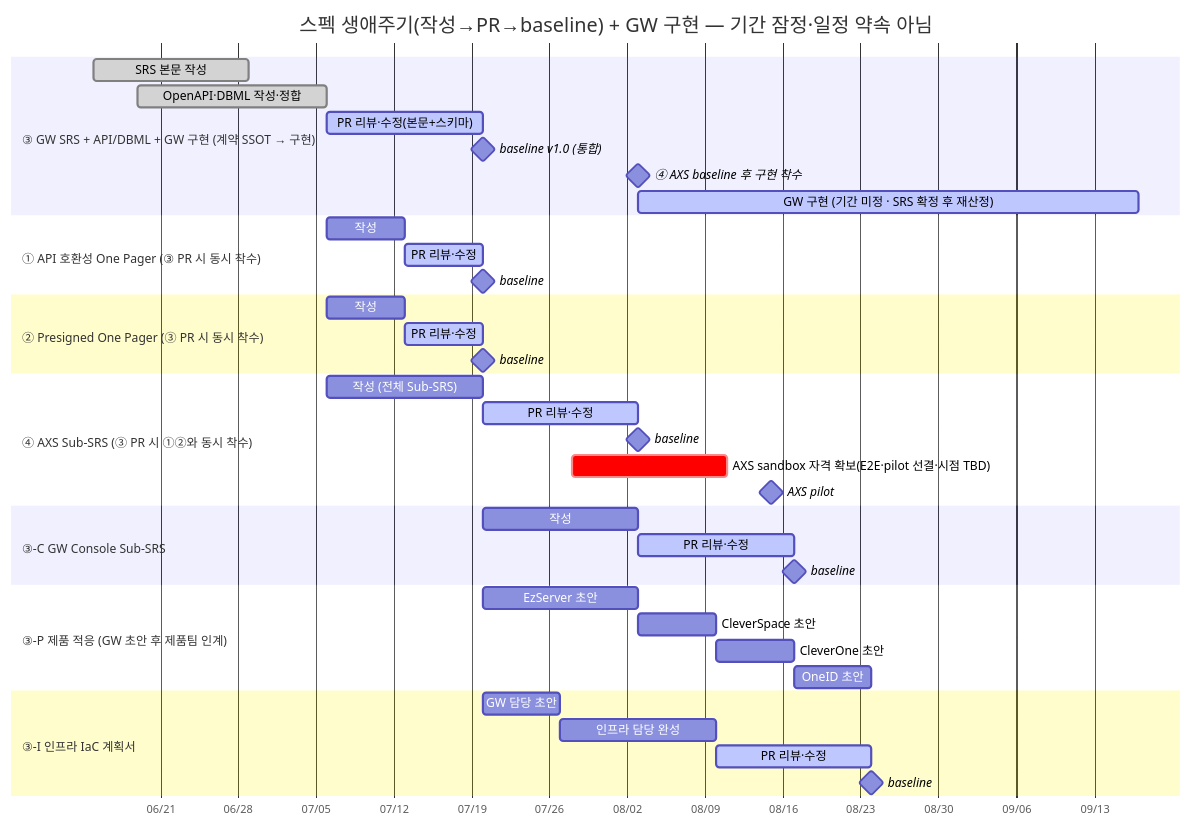
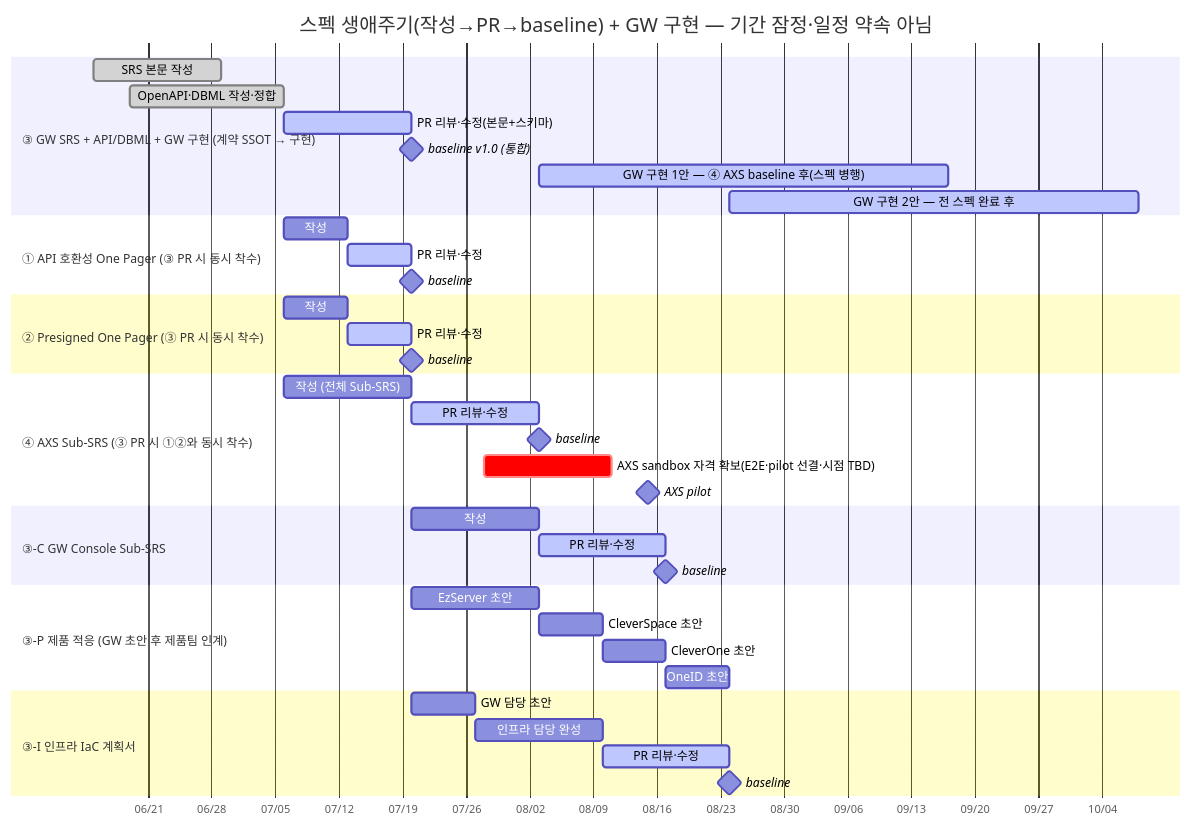
Before and after one commit to gracegyu/scp-architecture: the diagram in docs/VT_API_Gateway/08.VT_API_Gateway/주간회의-Agenda.md, drawn with Mermaid. The commit also changed other lines of this file and 1 other file, not shown here.

Commit message:
문서 업데이트: VT API Gateway의 주간회의 아젠다에서 구현 전략을 명확히 하고, Gantt 차트에 GW 구현 1안 및 2안의 세부 사항을 추가하여 스펙 생애주기를 구체화하였습니다. 개발 로드맵 문서에서도 GW 구현 단계에 대한 내용을 보강하여 문서의 정합성을 높였습니다.

````diff
--- a/docs/VT_API_Gateway/08.VT_API_Gateway/주간회의-Agenda.md
+++ b/docs/VT_API_Gateway/08.VT_API_Gateway/주간회의-Agenda.md
@@ -154,49 +154,49 @@
     ```mermaid
     gantt
         title 스펙 생애주기(작성→PR→baseline) + GW 구현 — 기간 잠정·일정 약속 아님
         dateFormat YYYY-MM-DD
         axisFormat %m/%d
         todayMarker stroke-width:3px,stroke:#d33,opacity:0.6
 
         section ③ GW SRS + API/DBML + GW 구현 (계약 SSOT → 구현)
         SRS 본문 작성            :done, srsw, 2026-06-15, 14d
         OpenAPI·DBML 작성·정합   :done, designw, 2026-06-19, 17d
         PR 리뷰·수정(본문+스키마) :active, srspr, 2026-07-06, 14d
         baseline v1.0 (통합)     :milestone, srsbl, after srspr, 0d
-        ④ AXS baseline 후 구현 착수 :milestone, impl0, after axsbl, 0d
-        GW 구현 (기간 미정 · SRS 확정 후 재산정) :active, impl, after axsbl, 45d
+        GW 구현 1안 — ④ AXS baseline 후(스펙 병행) :active, impl1, after axsbl, 45d
+        GW 구현 2안 — 전 스펙 완료 후 :active, impl2, after conbl infbl oidw, 45d
 
         section ① API 호환성 One Pager (③ PR 시 동시 착수)
         작성                  :op1w, 2026-07-06, 7d
         PR 리뷰·수정          :active, op1pr, after op1w, 7d
         baseline              :milestone, op1bl, after op1pr, 0d
 
         section ② Presigned One Pager (③ PR 시 동시 착수)
         작성                  :op2w, 2026-07-06, 7d
         PR 리뷰·수정          :active, op2pr, after op2w, 7d
         baseline              :milestone, op2bl, after op2pr, 0d
 
         section ④ AXS Sub-SRS (③ PR 시 ①②와 동시 착수)
         작성 (전체 Sub-SRS)    :axsw, 2026-07-06, 14d
         PR 리뷰·수정          :active, axspr, after axsw, 14d
         baseline              :milestone, axsbl, after axspr, 0d
         AXS sandbox 자격 확보(E2E·pilot 선결·시점 TBD) :crit, cred, 2026-07-28, 14d
         AXS pilot             :milestone, pilot, 2026-08-15, 0d
 
         section ③-C GW Console Sub-SRS
         작성                  :conw, after srsbl, 14d
         PR 리뷰·수정          :active, conpr, after conw, 14d
         baseline              :milestone, conbl, after conpr, 0d
 
         section ③-P 제품 적응 (GW 초안 후 제품팀 인계)
         EzServer 초안         :ezw, after srsbl, 14d
         CleverSpace 초안      :csw, after ezw, 7d
         CleverOne 초안        :cow, after csw, 7d
         OneID 초안            :oidw, after cow, 7d
 
         section ③-I 인프라 IaC 계획서
         GW 담당 초안          :infw1, after srsbl, 7d
         인프라 담당 완성       :infw2, after infw1, 14d
         PR 리뷰·수정          :active, infpr, after infw2, 14d
         baseline              :milestone, infbl, after infpr, 0d
     ```
````
